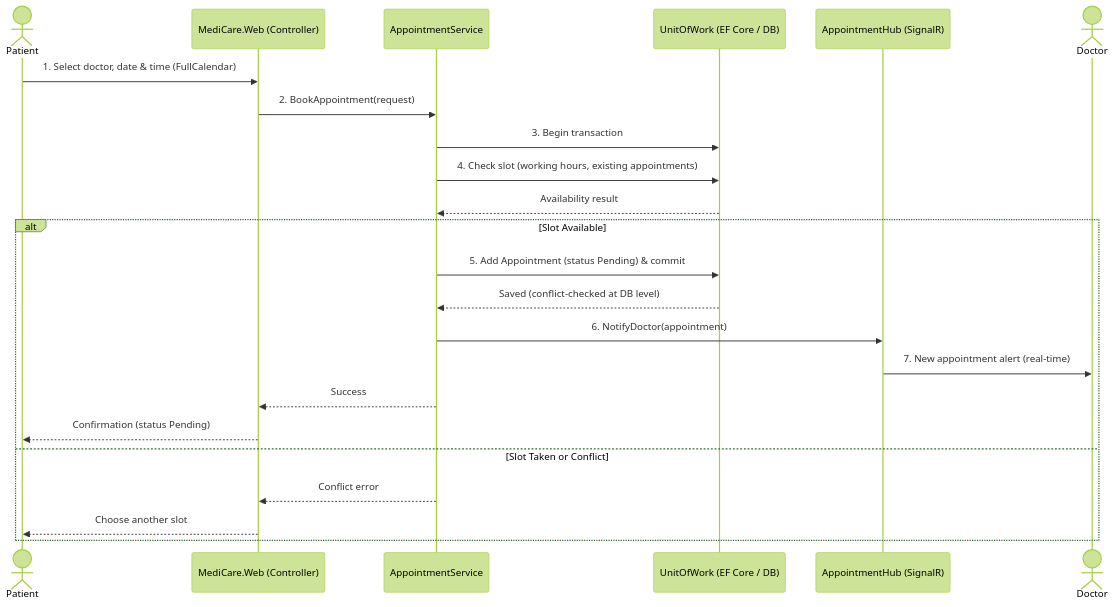
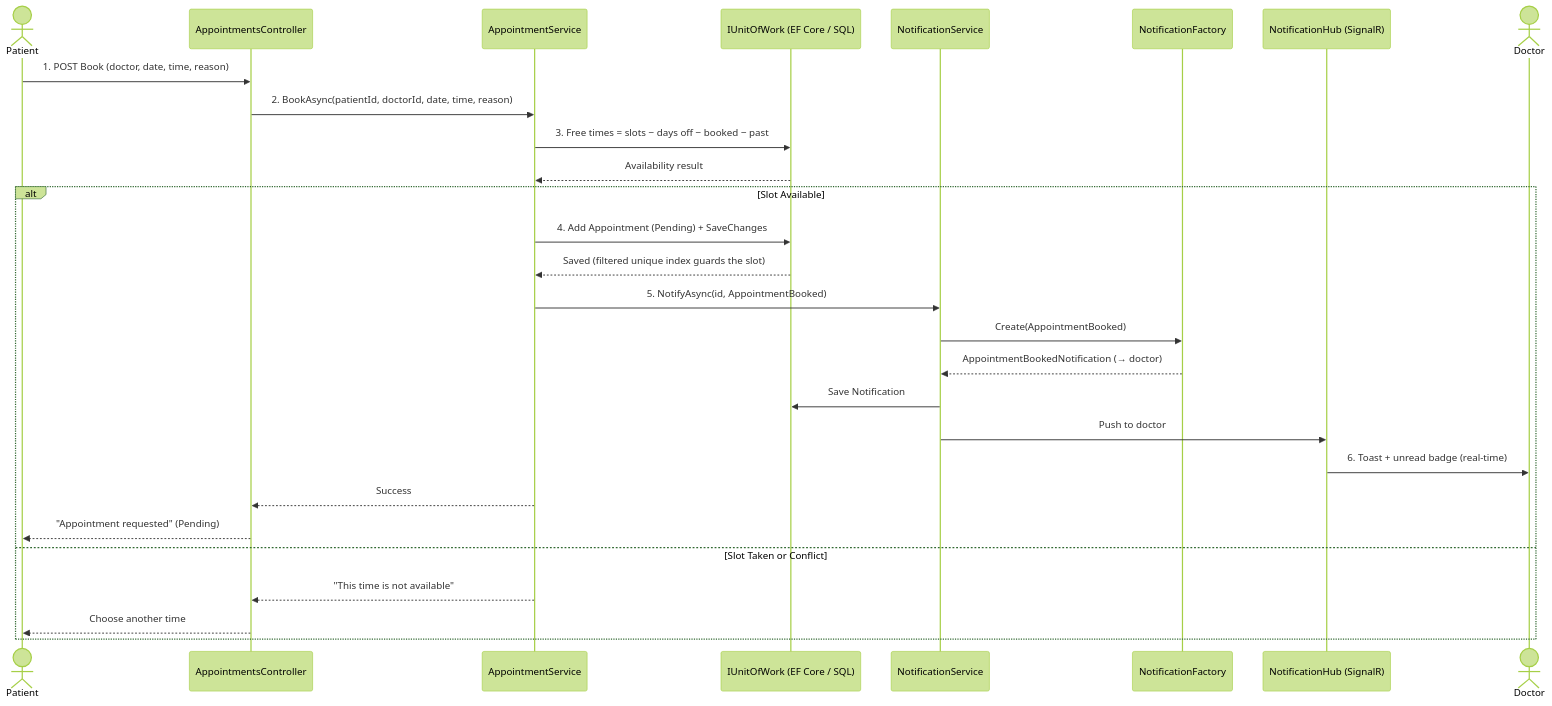
One commit to 3mrNasser/Medi-Care-Clinic-Management-Project-R5 changed the second of 9 diagrams in mdFiles/4.3 Data Flow and System Behavior.md. Above: the diagram before and after it, drawn with Mermaid (forest theme). The commit also changed other lines of this file and 18 other files, not shown here.

````diff
--- a/mdFiles/4.3 Data Flow and System Behavior.md
+++ b/mdFiles/4.3 Data Flow and System Behavior.md
@@ -55,26 +58,31 @@
 ```mermaid
 sequenceDiagram
     actor Patient
-    participant Web as MediCare.Web (Controller)
+    participant Web as AppointmentsController
     participant Svc as AppointmentService
-    participant UoW as UnitOfWork (EF Core / DB)
-    participant Hub as AppointmentHub (SignalR)
+    participant UoW as IUnitOfWork (EF Core / SQL)
+    participant Notif as NotificationService
+    participant Fact as NotificationFactory
+    participant Hub as NotificationHub (SignalR)
     actor Doctor
 
-    Patient->>Web: 1. Select doctor, date & time (FullCalendar)
-    Web->>Svc: 2. BookAppointment(request)
-    Svc->>UoW: 3. Begin transaction
-    Svc->>UoW: 4. Check slot (working hours, existing appointments)
+    Patient->>Web: 1. POST Book (doctor, date, time, reason)
+    Web->>Svc: 2. BookAsync(patientId, doctorId, date, time, reason)
+    Svc->>UoW: 3. Free times = slots − days off − booked − past
     UoW-->>Svc: Availability result
     alt Slot Available
-        Svc->>UoW: 5. Add Appointment (status Pending) & commit
-        UoW-->>Svc: Saved (conflict-checked at DB level)
-        Svc->>Hub: 6. NotifyDoctor(appointment)
-        Hub->>Doctor: 7. New appointment alert (real-time)
+        Svc->>UoW: 4. Add Appointment (Pending) + SaveChanges
+        UoW-->>Svc: Saved (filtered unique index guards the slot)
+        Svc->>Notif: 5. NotifyAsync(id, AppointmentBooked)
+        Notif->>Fact: Create(AppointmentBooked)
+        Fact-->>Notif: AppointmentBookedNotification (→ doctor)
+        Notif->>UoW: Save Notification
+        Notif->>Hub: Push to doctor
+        Hub->>Doctor: 6. Toast + unread badge (real-time)
         Svc-->>Web: Success
-        Web-->>Patient: Confirmation (status Pending)
+        Web-->>Patient: "Appointment requested" (Pending)
     else Slot Taken or Conflict
-        Svc-->>Web: Conflict error
-        Web-->>Patient: Choose another slot
+        Svc-->>Web: "This time is not available"
+        Web-->>Patient: Choose another time
     end
 ```
````
